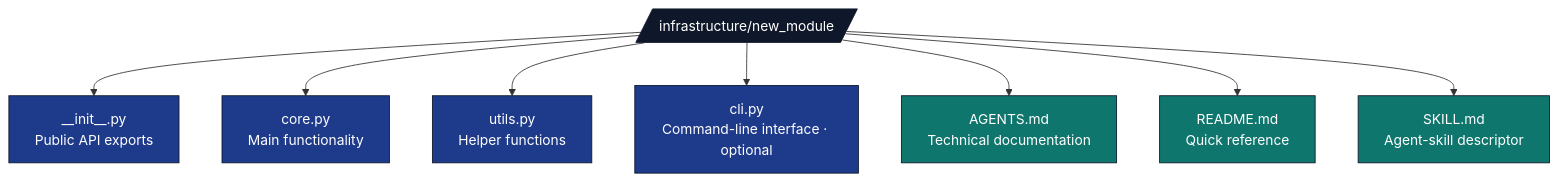
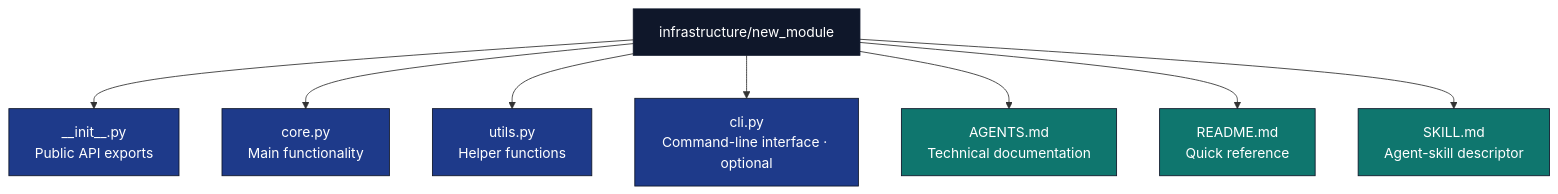
The sixth of 6 diagrams in infrastructure/README.md (docxology/template), drawn with Mermaid before and after one commit. The commit also changed 94 other files, not shown here.

````diff
--- a/infrastructure/README.md
+++ b/infrastructure/README.md
@@ -387,18 +387,18 @@
 ```mermaid
 flowchart TB
-    NM[/infrastructure/new_module/]
+    NM[infrastructure/new_module]
     NM --> INIT[__init__.py<br/>Public API exports]
     NM --> CORE[core.py<br/>Main functionality]
     NM --> UTILS[utils.py<br/>Helper functions]
     NM --> CLI[cli.py<br/>Command-line interface · optional]
     NM --> AG[AGENTS.md<br/>Technical documentation]
     NM --> RD[README.md<br/>Quick reference]
     NM --> SK[SKILL.md<br/>Agent-skill descriptor]
 
     classDef d fill:#0f172a,stroke:#0f172a,color:#fff
     classDef code fill:#1e3a8a,stroke:#0f172a,color:#fff
     classDef doc fill:#0f766e,stroke:#0f172a,color:#fff
     class NM d
     class INIT,CORE,UTILS,CLI code
     class AG,RD,SK doc
 ```
````
